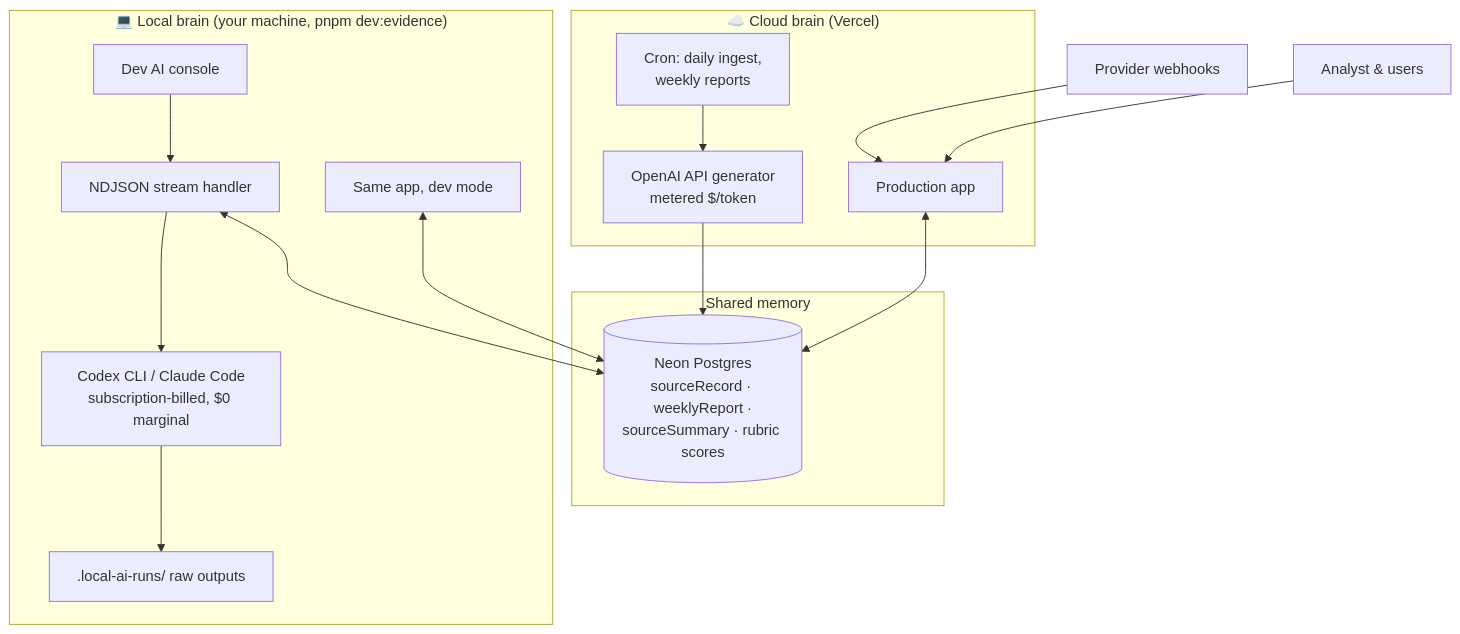
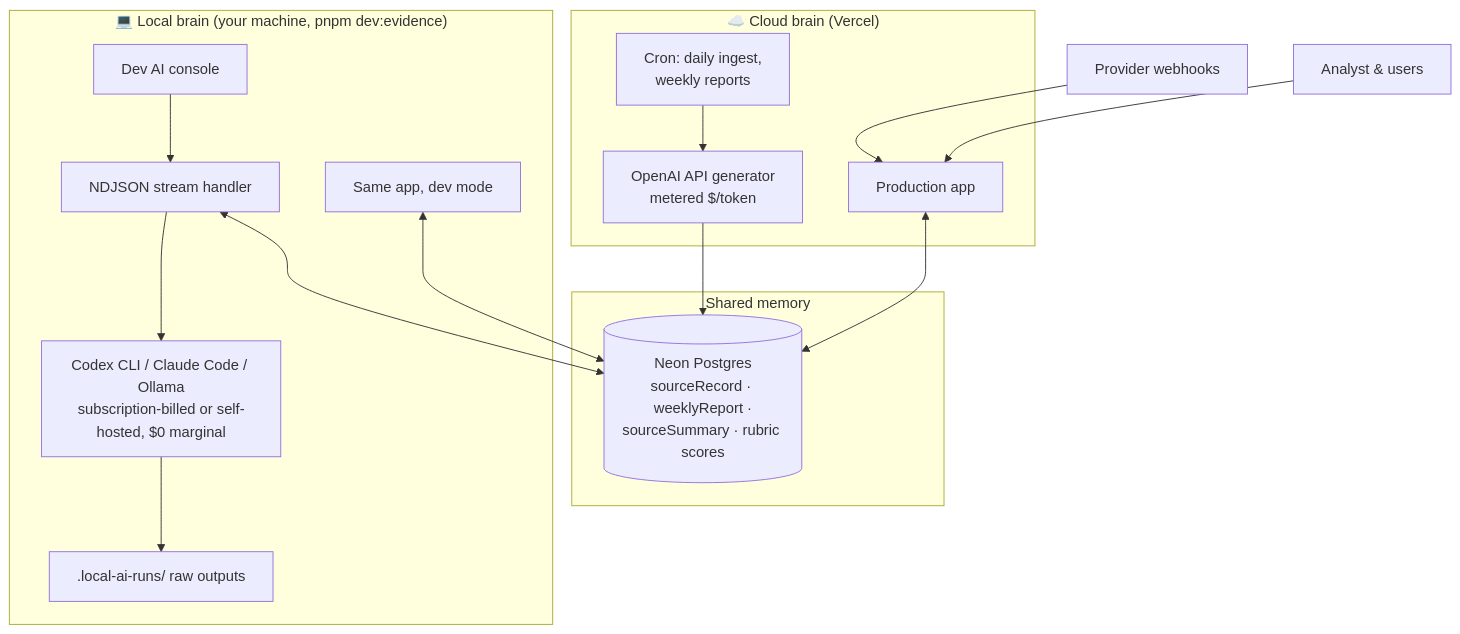
One commit to hbmartin/raffy-research changed the fourth of 5 diagrams in README.md. Above: the diagram before and after it, drawn with Mermaid. The commit also changed other lines of this file and 8 other files, not shown here.

````diff
--- a/README.md
+++ b/README.md
@@ -350,30 +350,30 @@
 ```mermaid
 flowchart TB
     subgraph CLOUD["☁️ Cloud brain (Vercel)"]
         APP[Production app]
         OAI[OpenAI API generator<br/>metered $/token]
         CRONJ[Cron: daily ingest,<br/>weekly reports]
     end
 
     subgraph SHARED["Shared memory"]
         NEON[(Neon Postgres<br/>sourceRecord · weeklyReport ·<br/>sourceSummary · rubric scores)]
     end
 
     subgraph LOCAL["💻 Local brain (your machine, pnpm dev:evidence)"]
         DEVAPP[Same app, dev mode]
         CONSOLE[Dev AI console]
         STREAM[NDJSON stream handler]
-        AGENTS[Codex CLI / Claude Code<br/>subscription-billed, $0 marginal]
+        AGENTS[Codex CLI / Claude Code / Ollama<br/>subscription-billed or self-hosted, $0 marginal]
         RAW[.local-ai-runs/ raw outputs]
     end
 
     USERS[Analyst & users] --> APP
     PROVIDERS[Provider webhooks] --> APP
     APP <--> NEON
     CRONJ --> OAI --> NEON
 
     DEVAPP <--> NEON
     CONSOLE --> STREAM --> AGENTS
     AGENTS --> RAW
     STREAM <--> NEON
 ```
````
